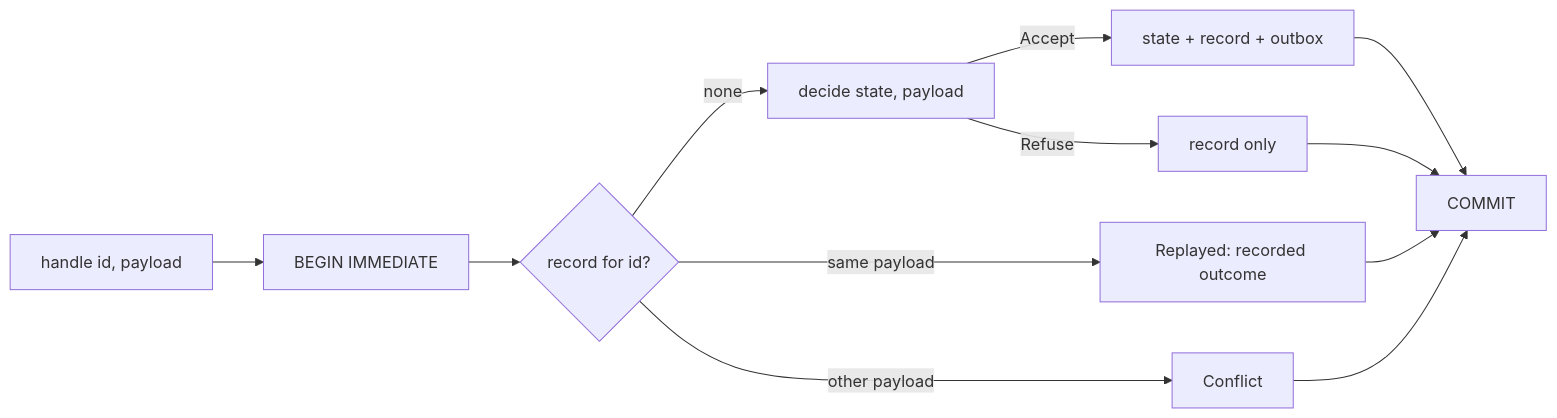
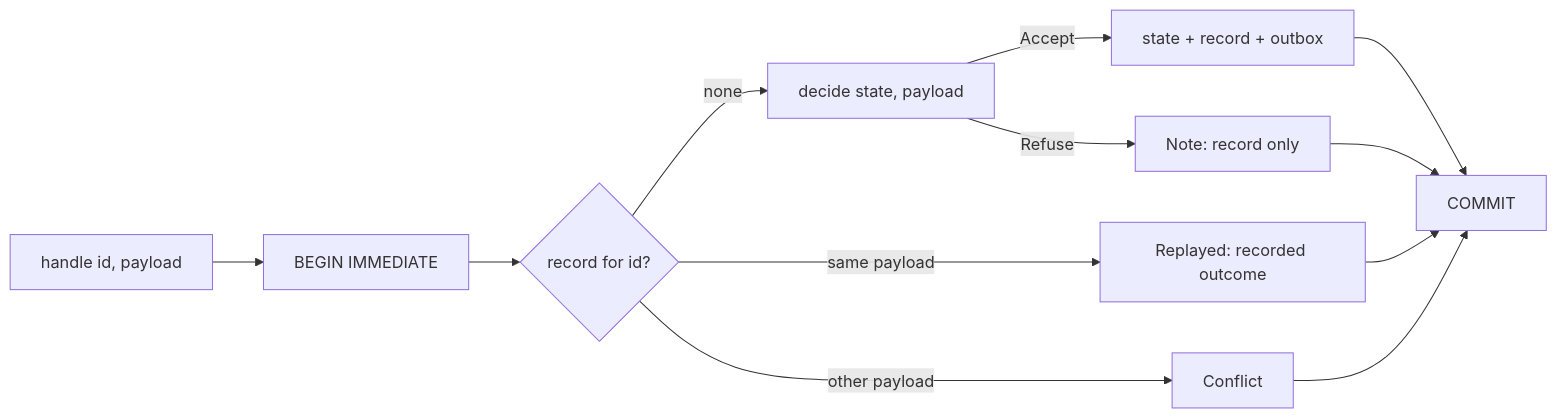
The diagram in commands/README.md (MuhDur/bend-kit), drawn with Mermaid before and after one commit. The commit also changed other lines of this file and 14 other files, not shown here.

````diff
--- a/commands/README.md
+++ b/commands/README.md
@@ -11,14 +11,14 @@
 ```mermaid
 flowchart LR
   H[handle id, payload] --> B[BEGIN IMMEDIATE]
   B --> F{record for id?}
   F -->|same payload| R[Replayed: recorded outcome]
   F -->|other payload| X[Conflict]
   F -->|none| D[decide state, payload]
   D -->|Accept| W[state + record + outbox]
-  D -->|Refuse| WR[record only]
+  D -->|Refuse| WR[Note: record only]
   W --> C[COMMIT]
   WR --> C
   R --> C
   X --> C
 ```
````
